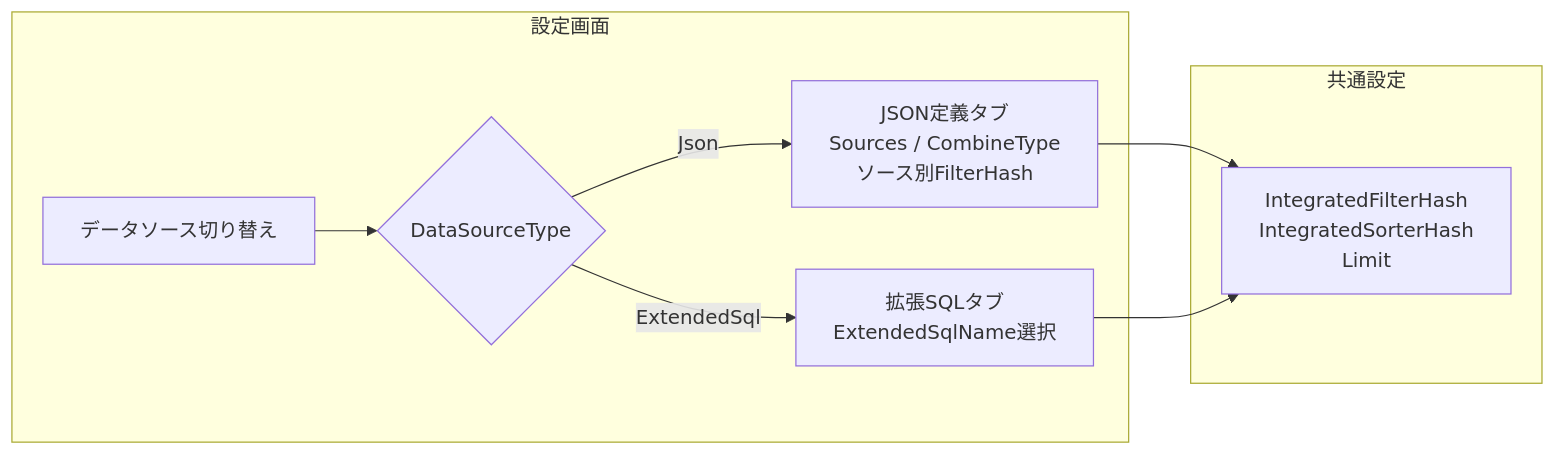
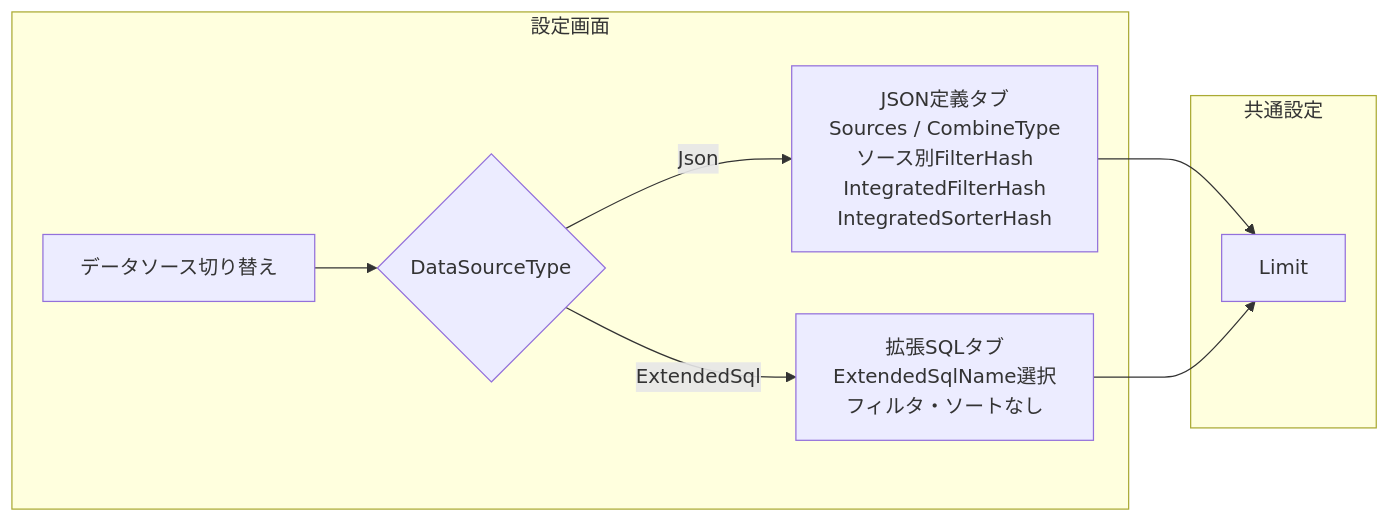
The fifth of 16 diagrams in docs/research/06-一覧・ビュー/007-複数テーブル統合ビュー.md (vehiclevisionjp/VehicleVision.Pleasanter.ResearchDocuments), drawn with Mermaid before and after one commit. The commit also changed other lines of this file, not shown here.

Commit message:
docs: mermaid修正、編集対象サイトのJSON定義(Editable)追加、拡張SQLのフィルタ・ソートを対象外に変更

````diff
--- a/docs/research/06-一覧・ビュー/007-複数テーブル統合ビュー.md
+++ b/docs/research/06-一覧・ビュー/007-複数テーブル統合ビュー.md
@@ -535,15 +528,15 @@
 ```mermaid
 flowchart LR
     subgraph 設定画面
         A[データソース切り替え] --> B{DataSourceType}
-        B -->|Json| C[JSON定義タブ<br/>Sources / CombineType<br/>ソース別FilterHash]
-        B -->|ExtendedSql| D[拡張SQLタブ<br/>ExtendedSqlName選択]
+        B -->|Json| C[JSON定義タブ<br/>Sources / CombineType<br/>ソース別FilterHash<br/>IntegratedFilterHash<br/>IntegratedSorterHash]
+        B -->|ExtendedSql| D[拡張SQLタブ<br/>ExtendedSqlName選択<br/>フィルタ・ソートなし]
     end
 
     subgraph 共通設定
-        E[IntegratedFilterHash<br/>IntegratedSorterHash<br/>Limit]
+        E[Limit]
     end
 
     C --> E
     D --> E
 ```
````
